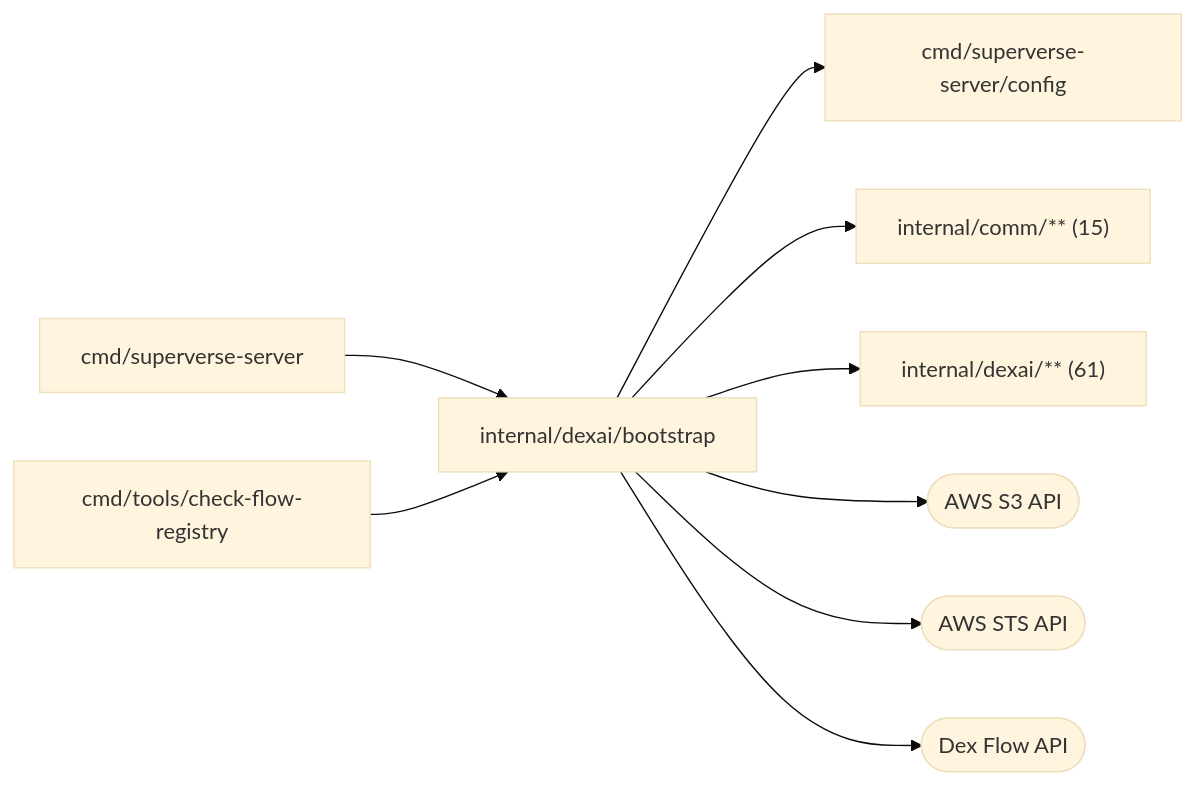
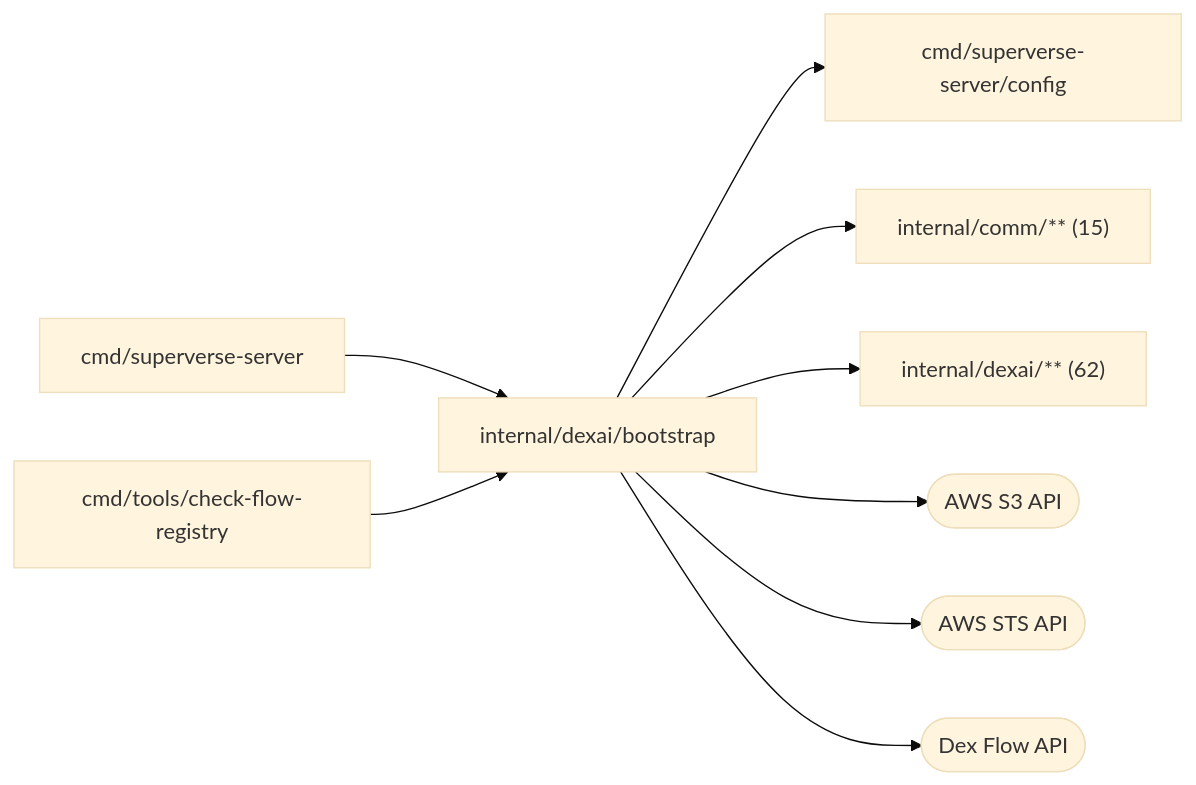
One commit to superdurable/superverse changed the diagram in internal/dexai/bootstrap/README.md. Above: the diagram before and after it, drawn with Mermaid (base theme). The commit also changed other lines of this file and 226 other files, not shown here.

````diff
--- a/internal/dexai/bootstrap/README.md
+++ b/internal/dexai/bootstrap/README.md
@@ -10,12 +10,12 @@
 ```mermaid
 flowchart LR
   self["internal/dexai/bootstrap"]
   c0["cmd/superverse-server"] --> self
   c1["cmd/tools/check-flow-registry"] --> self
   self --> d0["cmd/superverse-server/config"]
   self --> d1["internal/comm/** (15)"]
-  self --> d2["internal/dexai/** (61)"]
+  self --> d2["internal/dexai/** (62)"]
   self --> e0(["AWS S3 API"])
   self --> e1(["AWS STS API"])
   self --> e2(["Dex Flow API"])
 ```
````
